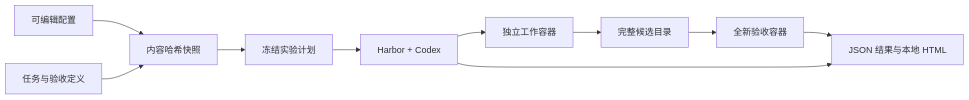
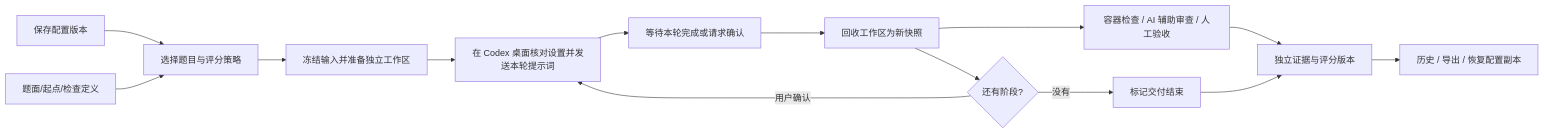
The first of 2 diagrams in docs/PROJECT_SPEC.md (devonsagr/Codex-Harness-Bench), drawn with Mermaid before and after one commit. The commit also changed other lines of this file and 51 other files, not shown here.

````diff
--- a/docs/PROJECT_SPEC.md
+++ b/docs/PROJECT_SPEC.md
@@ -27,12 +15,16 @@
 ```mermaid
 flowchart LR
-    P[可编辑配置] --> S[内容哈希快照]
-    T[任务与验收定义] --> S
-    S --> E[冻结实验计划]
-    E --> H[Harbor + Codex]
-    H --> C[独立工作容器]
-    C --> A[完整候选目录]
-    A --> V[全新验收容器]
-    V --> R[JSON 结果与本地 HTML]
-    H --> R
+  A[保存配置版本] --> C[选择题目与评分策略]
+  B[题面/起点/检查定义] --> C
+  C --> D[冻结输入并准备独立工作区]
+  D --> E[在 Codex 桌面核对设置并发送本轮提示词]
+  E --> F[等待本轮完成或请求确认]
+  F --> G[回收工作区为新快照]
+  G --> H[容器检查 / AI 辅助审查 / 人工验收]
+  G --> I{还有阶段?}
+  I -->|用户确认| E
+  I -->|没有| J[标记交付结束]
+  H --> K[独立证据与评分版本]
+  J --> K
+  K --> L[历史 / 导出 / 恢复配置副本]
 ```
````
